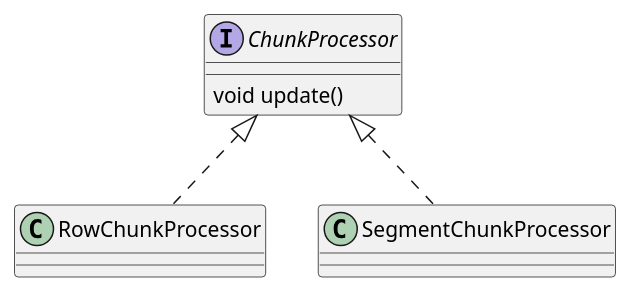
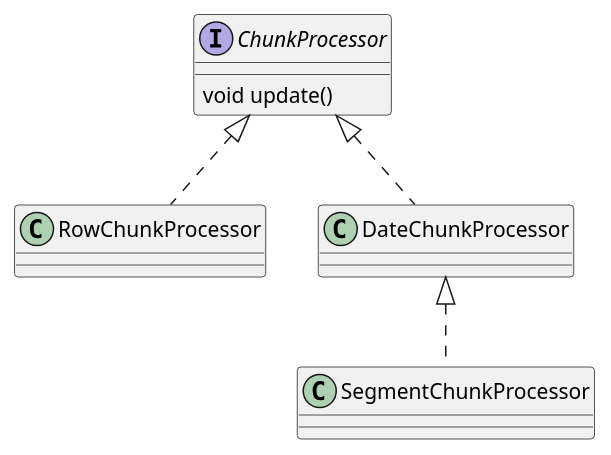
Before and after one commit to loutfinadir/uml: the diagram in chunkprocessor.wsd, drawn with PlantUML.

Commit message:
Add DateChunkProcessor

```diff
--- a/chunkprocessor.wsd
+++ b/chunkprocessor.wsd
@@ -1,11 +1,14 @@
 @startuml
 
 interface ChunkProcessor {
     void update()
 }
 
+
 class RowChunkProcessor implements ChunkProcessor
 
-class SegmentChunkProcessor implements ChunkProcessor
+class DateChunkProcessor implements ChunkProcessor
+
+class SegmentChunkProcessor implements DateChunkProcessor
 
 @enduml
```
